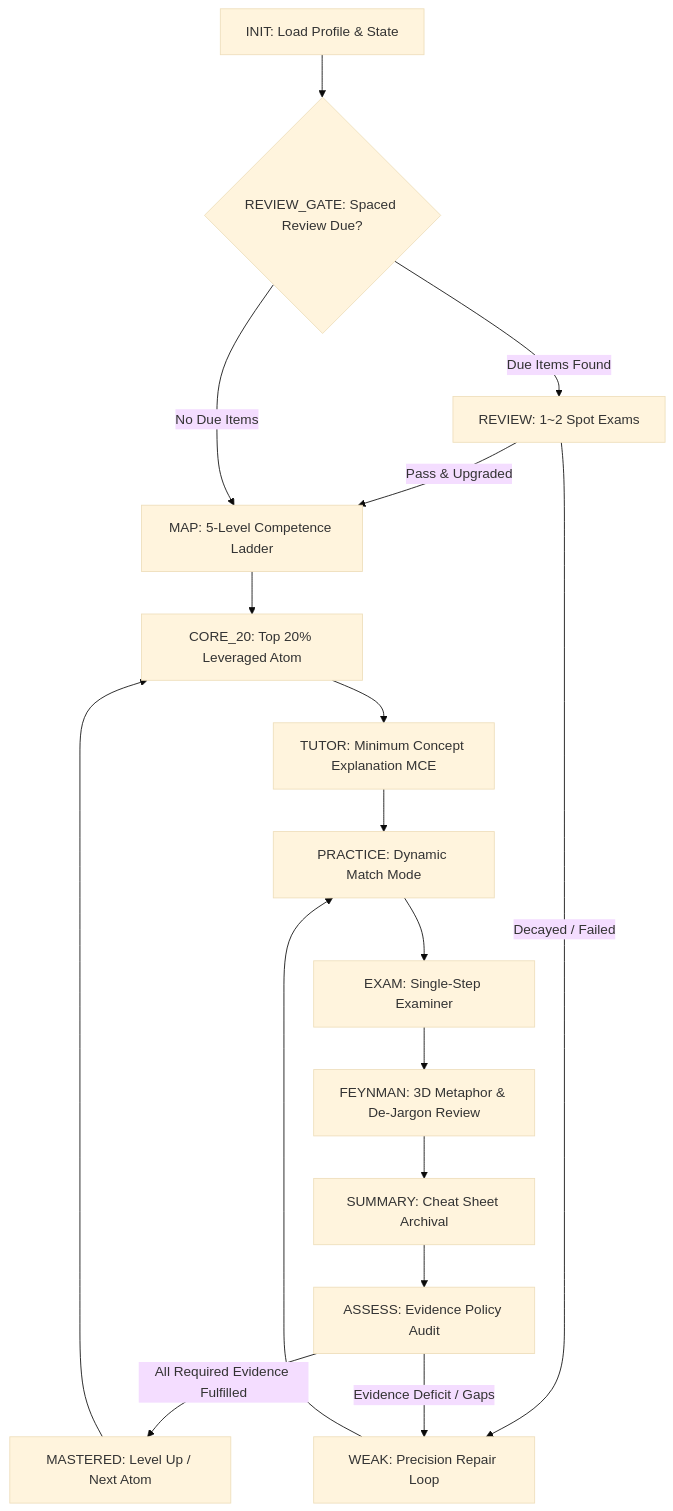
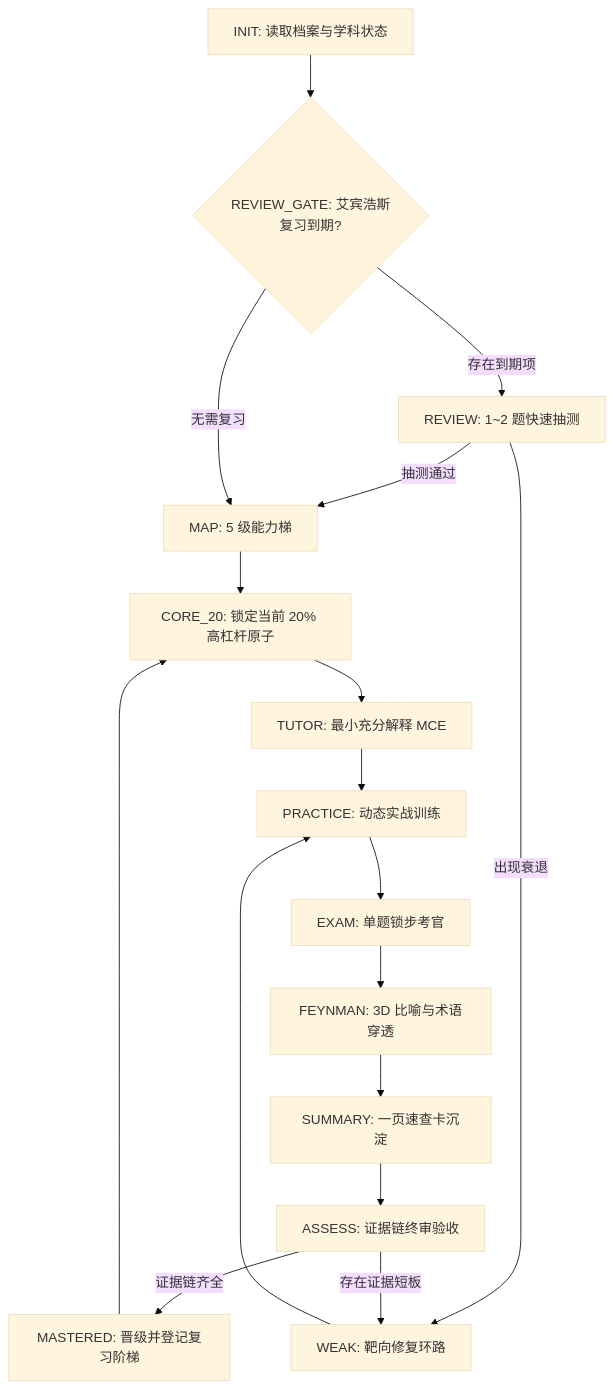
One commit to 1183213030/ai-learning-coach changed the diagram in README.md. Above: the diagram before and after it, drawn with Mermaid (base theme). The commit also changed other lines of this file and 2 other files, not shown here.

````diff
--- a/README.md
+++ b/README.md
@@ -60,20 +57,20 @@
 ```mermaid
 graph TD
-    INIT[INIT: Load Profile & State] --> REVIEW_GATE{REVIEW_GATE: Spaced Review Due?}
-    REVIEW_GATE -->|Due Items Found| SPOT_EXAM[REVIEW: 1~2 Spot Exams]
-    SPOT_EXAM -->|Pass & Upgraded| MAP[MAP: 5-Level Competence Ladder]
-    SPOT_EXAM -->|Decayed / Failed| WEAK[WEAK: Precision Repair Loop]
-    REVIEW_GATE -->|No Due Items| MAP
-    MAP --> CORE_20[CORE_20: Top 20% Leveraged Atom]
-    CORE_20 --> TUTOR[TUTOR: Minimum Concept Explanation MCE]
-    TUTOR --> PRACTICE[PRACTICE: Dynamic Match Mode]
-    PRACTICE --> EXAM[EXAM: Single-Step Examiner]
-    EXAM --> FEYNMAN[FEYNMAN: 3D Metaphor & De-Jargon Review]
-    FEYNMAN --> SUMMARY[SUMMARY: Cheat Sheet Archival]
-    SUMMARY --> ASSESS[ASSESS: Evidence Policy Audit]
+    INIT[INIT: 读取档案与学科状态] --> REVIEW_GATE{REVIEW_GATE: 艾宾浩斯复习到期?}
+    REVIEW_GATE -->|存在到期项| SPOT_EXAM[REVIEW: 1~2 题快速抽测]
+    SPOT_EXAM -->|抽测通过| MAP[MAP: 5 级能力梯]
+    SPOT_EXAM -->|出现衰退| WEAK[WEAK: 靶向修复环路]
+    REVIEW_GATE -->|无需复习| MAP
+    MAP --> CORE_20[CORE_20: 锁定当前 20% 高杠杆原子]
+    CORE_20 --> TUTOR[TUTOR: 最小充分解释 MCE]
+    TUTOR --> PRACTICE[PRACTICE: 动态实战训练]
+    PRACTICE --> EXAM[EXAM: 单题锁步考官]
+    EXAM --> FEYNMAN[FEYNMAN: 3D 比喻与术语穿透]
+    FEYNMAN --> SUMMARY[SUMMARY: 一页速查卡沉淀]
+    SUMMARY --> ASSESS[ASSESS: 证据链终审验收]
     
-    ASSESS -->|All Required Evidence Fulfilled| MASTERED[MASTERED: Level Up / Next Atom]
-    ASSESS -->|Evidence Deficit / Gaps| WEAK
+    ASSESS -->|证据链齐全| MASTERED[MASTERED: 晋级并登记复习阶梯]
+    ASSESS -->|存在证据短板| WEAK
     WEAK --> PRACTICE
     MASTERED --> CORE_20
 ```
````
